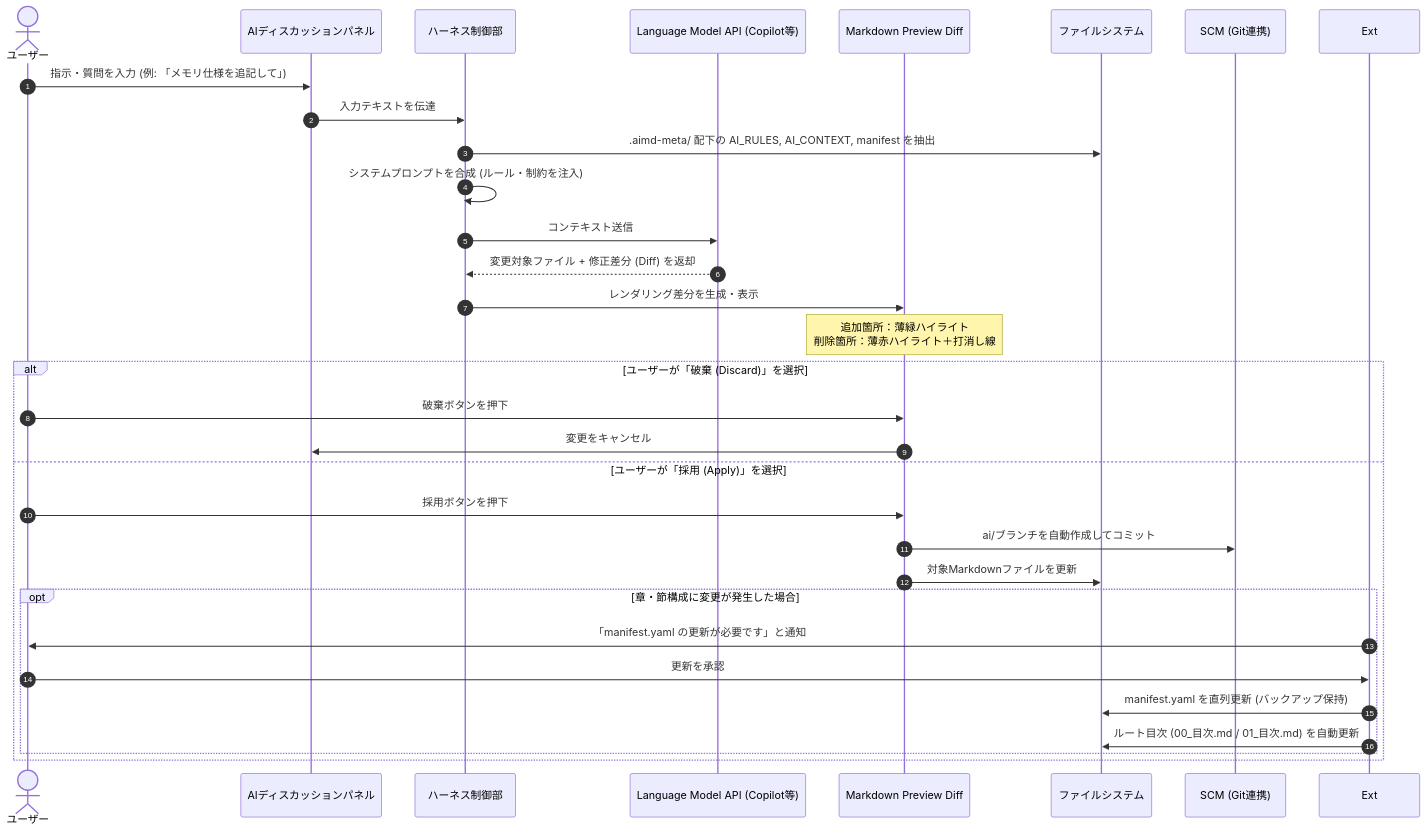
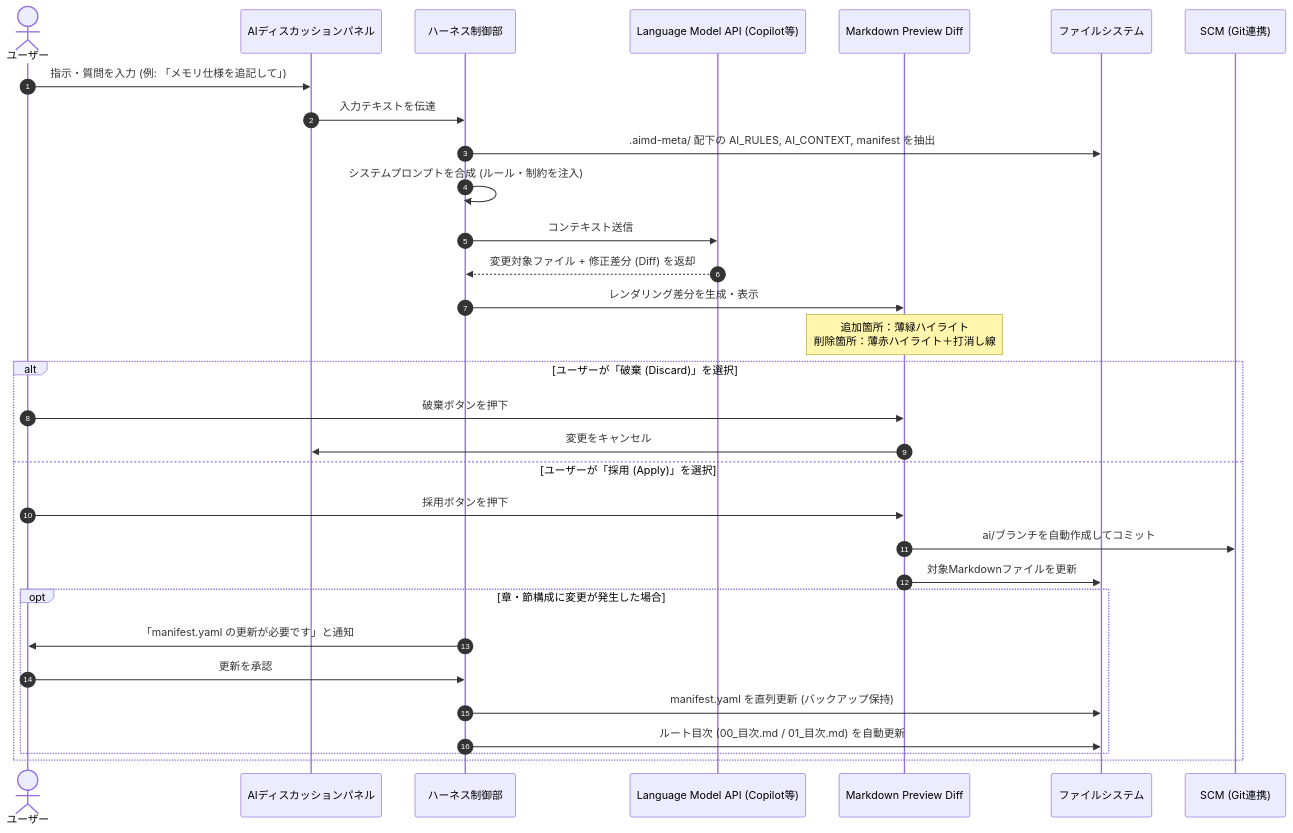
Before and after one commit to kazukig/MarkdownProject: the fourth of 6 diagrams in 02_要件定義/AIMDStudio.md, drawn with Mermaid. The commit also changed 1 other file, not shown here.

Commit message:
docs: fix sequence actor naming and citation wording

````diff
--- a/02_要件定義/AIMDStudio.md
+++ b/02_要件定義/AIMDStudio.md
@@ -201,36 +201,36 @@
 ```mermaid
 sequenceDiagram
     autonumber
     actor ユーザー
     participant Panel as AIディスカッションパネル
     participant Harness as ハーネス制御部
     participant AI as Language Model API (Copilot等)
     participant Preview as Markdown Preview Diff
     participant FS as ファイルシステム
     participant Git as SCM (Git連携)
 
     ユーザー->>Panel: 指示・質問を入力 (例: 「メモリ仕様を追記して」)
     Panel->>Harness: 入力テキストを伝達
     Harness->>FS: .aimd-meta/ 配下の AI_RULES, AI_CONTEXT, manifest を抽出
     Harness->>Harness: システムプロンプトを合成 (ルール・制約を注入)
     Harness->>AI: コンテキスト送信
     AI-->>Harness: 変更対象ファイル + 修正差分 (Diff) を返却
 
     Harness->>Preview: レンダリング差分を生成・表示
     Note over Preview: 追加箇所：薄緑ハイライト<br/>削除箇所：薄赤ハイライト＋打消し線
 
     alt ユーザーが「破棄 (Discard)」を選択
         ユーザー->>Preview: 破棄ボタンを押下
         Preview->>Panel: 変更をキャンセル
     else ユーザーが「採用 (Apply)」を選択
         ユーザー->>Preview: 採用ボタンを押下
         Preview->>Git: ai/ブランチを自動作成してコミット
         Preview->>FS: 対象Markdownファイルを更新
         opt 章・節構成に変更が発生した場合
-            Ext->>ユーザー: 「manifest.yaml の更新が必要です」と通知
-            ユーザー->>Ext: 更新を承認
-            Ext->>FS: manifest.yaml を直列更新 (バックアップ保持)
-            Ext->>FS: ルート目次 (00_目次.md / 01_目次.md) を自動更新
+            Harness->>ユーザー: 「manifest.yaml の更新が必要です」と通知
+            ユーザー->>Harness: 更新を承認
+            Harness->>FS: manifest.yaml を直列更新 (バックアップ保持)
+            Harness->>FS: ルート目次 (00_目次.md / 01_目次.md) を自動更新
         end
     end
 ```
````
